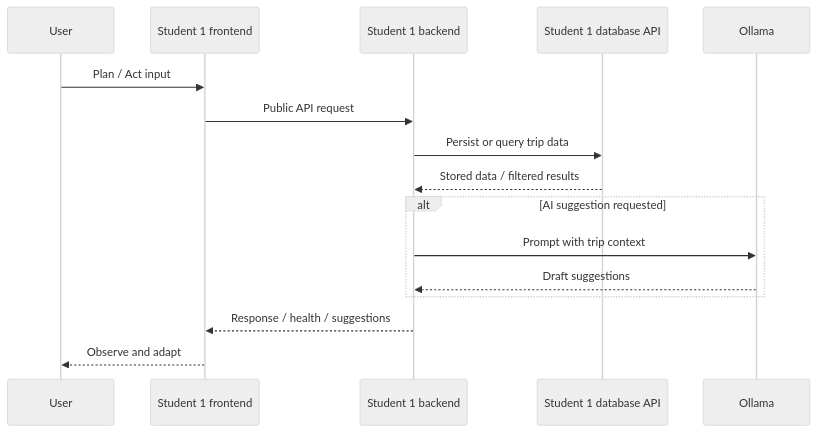
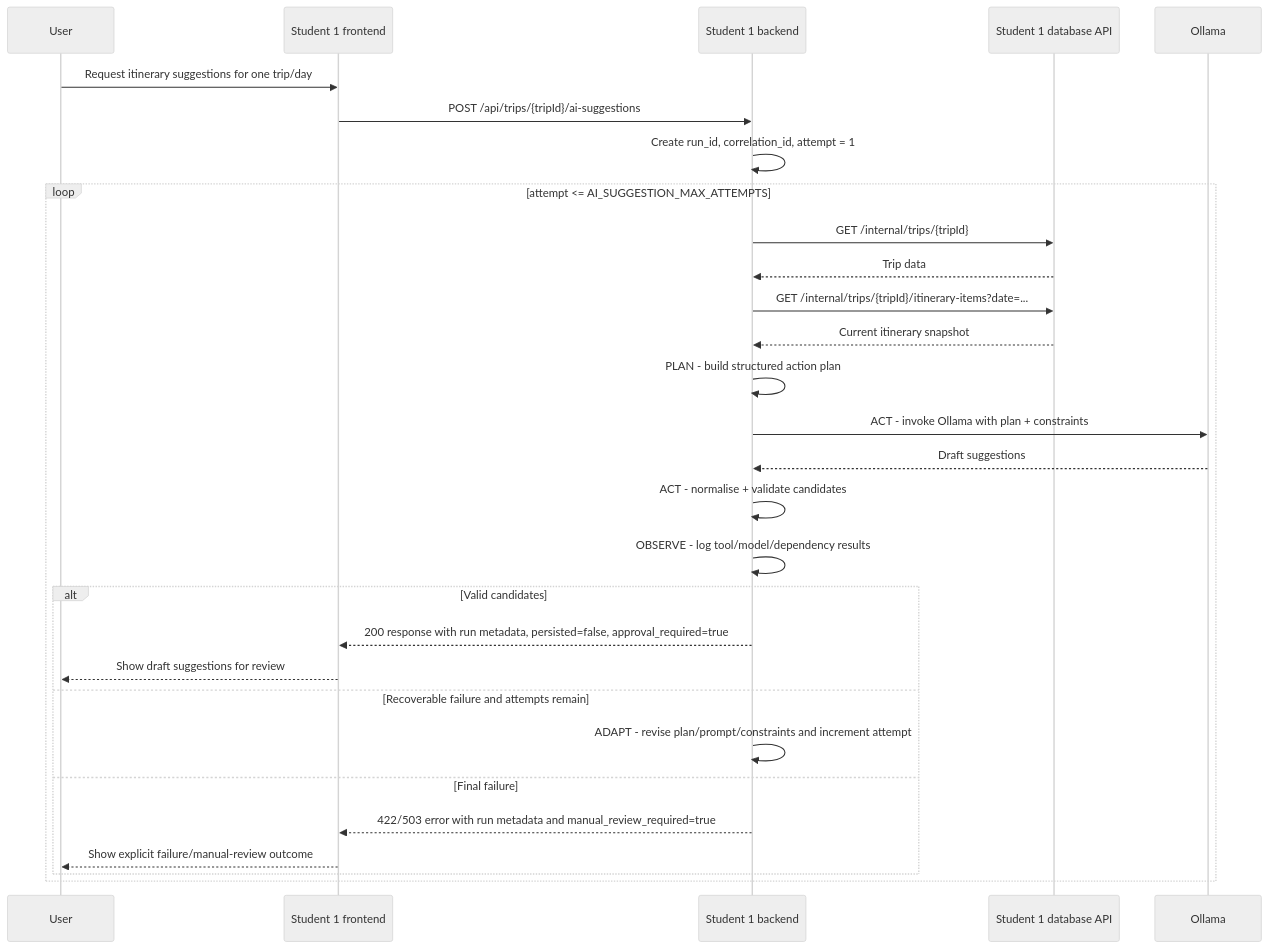
The third of 3 diagrams in docs/architecture/student-1-release-0-architecture.md (JulianKirk/TripGenie), drawn with Mermaid (neutral theme) before and after one commit. The commit also changed other lines of this file and 1 other file, not shown here.

````diff
--- a/docs/architecture/student-1-release-0-architecture.md
+++ b/docs/architecture/student-1-release-0-architecture.md
@@ -423,19 +534,32 @@
 ```mermaid
 sequenceDiagram
     participant U as User
     participant F as Student 1 frontend
     participant B as Student 1 backend
     participant D as Student 1 database API
     participant O as Ollama
 
-    U->>F: Plan / Act input
-    F->>B: Public API request
-    B->>D: Persist or query trip data
-    D-->>B: Stored data / filtered results
-    alt AI suggestion requested
-        B->>O: Prompt with trip context
+    U->>F: Request itinerary suggestions for one trip/day
+    F->>B: POST /api/trips/{tripId}/ai-suggestions
+    B->>B: Create run_id, correlation_id, attempt = 1
+    loop attempt <= AI_SUGGESTION_MAX_ATTEMPTS
+        B->>D: GET /internal/trips/{tripId}
+        D-->>B: Trip data
+        B->>D: GET /internal/trips/{tripId}/itinerary-items?date=...
+        D-->>B: Current itinerary snapshot
+        B->>B: PLAN - build structured action plan
+        B->>O: ACT - invoke Ollama with plan + constraints
         O-->>B: Draft suggestions
+        B->>B: ACT - normalise + validate candidates
+        B->>B: OBSERVE - log tool/model/dependency results
+        alt Valid candidates
+            B-->>F: 200 response with run metadata, persisted=false, approval_required=true
+            F-->>U: Show draft suggestions for review
+        else Recoverable failure and attempts remain
+            B->>B: ADAPT - revise plan/prompt/constraints and increment attempt
+        else Final failure
+            B-->>F: 422/503 error with run metadata and manual_review_required=true
+            F-->>U: Show explicit failure/manual-review outcome
+        end
     end
-    B-->>F: Response / health / suggestions
-    F-->>U: Observe and adapt
 ```
````
